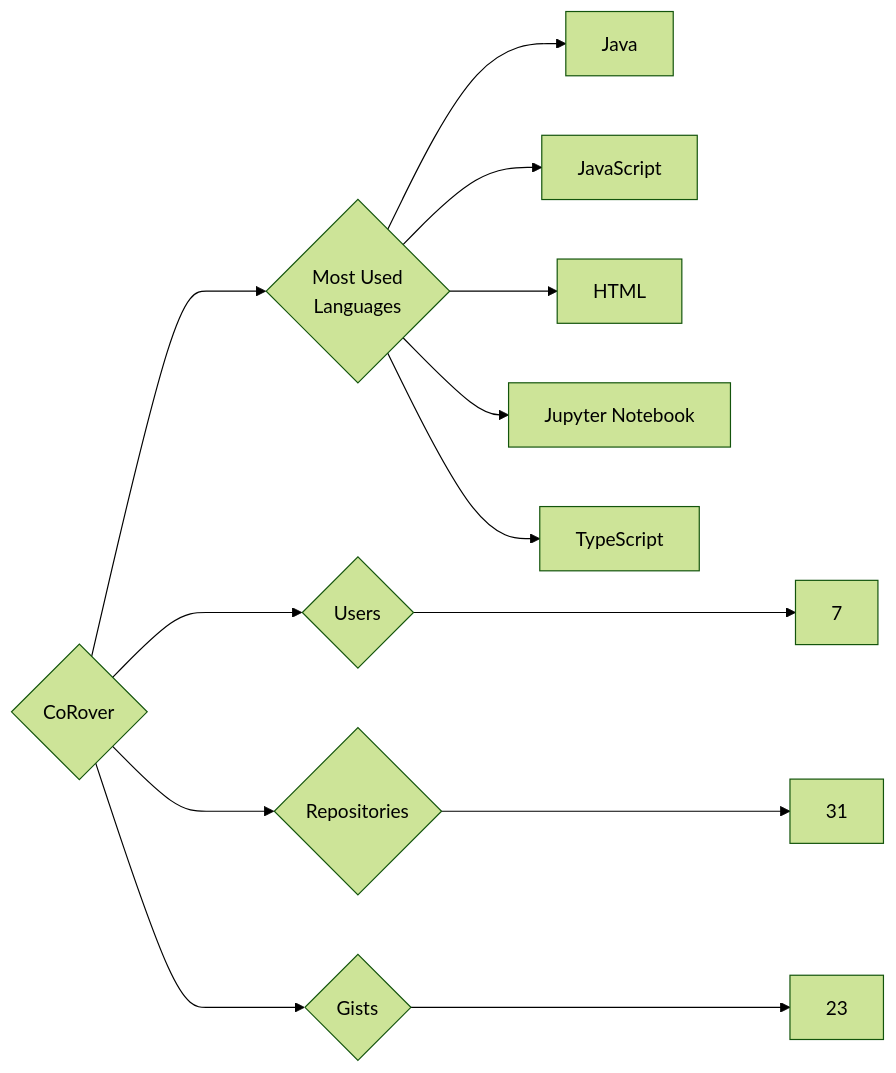
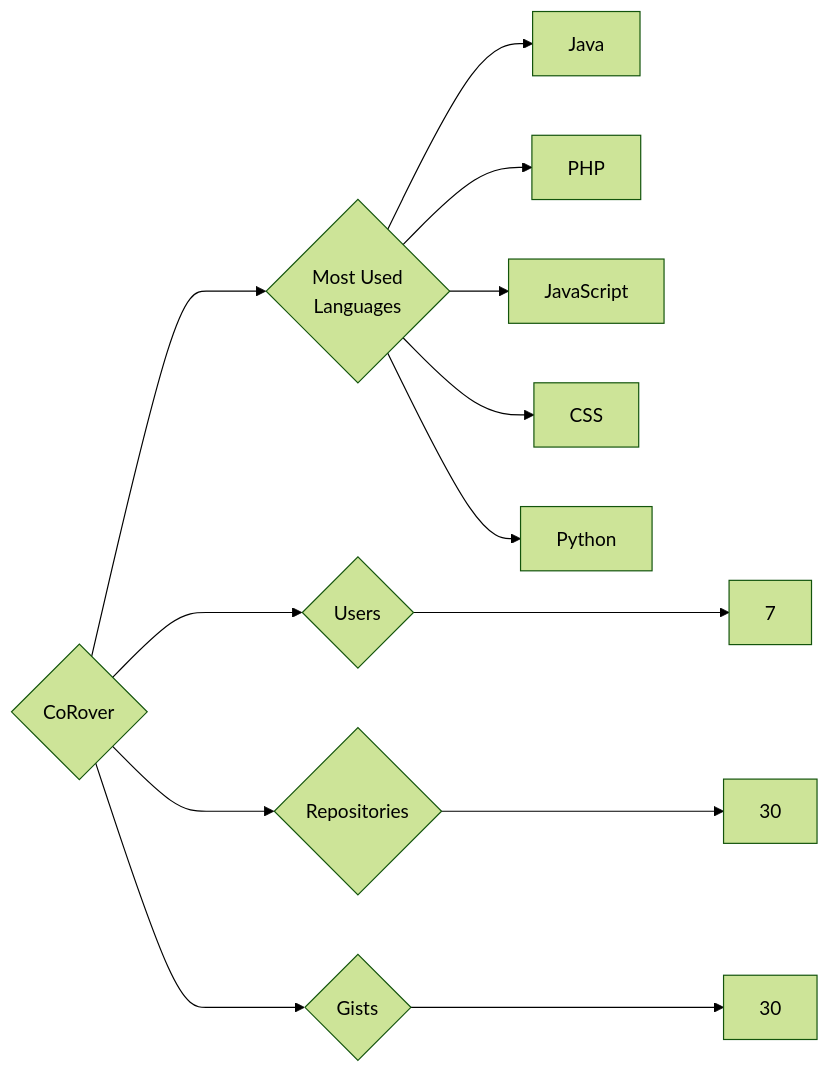
Before and after one commit to trickest/insiders: the diagram in targets/CoRover/README.md, drawn with Mermaid (forest theme). The commit also changed 998 other files, not shown here.

````diff
--- a/targets/CoRover/README.md
+++ b/targets/CoRover/README.md
@@ -3,13 +3,13 @@
 ```mermaid
 graph LR
 COMPANY_NAME{CoRover}
 COMPANY_NAME ---> U{Users} ---> UN[7]
-COMPANY_NAME ---> R{Repositories} ---> RN[31]
-COMPANY_NAME ---> G{Gists} ---> GN[23]
+COMPANY_NAME ---> R{Repositories} ---> RN[30]
+COMPANY_NAME ---> G{Gists} ---> GN[30]
 COMPANY_NAME ---> ML{Most Used<br>Languages}
 ML --> Java[Java]
+ML --> PHP[PHP]
 ML --> JavaScript[JavaScript]
-ML --> HTML[HTML]
-ML --> Jupyter_Notebook[Jupyter Notebook]
-ML --> TypeScript[TypeScript]
+ML --> CSS[CSS]
+ML --> Python[Python]
 ```
````
